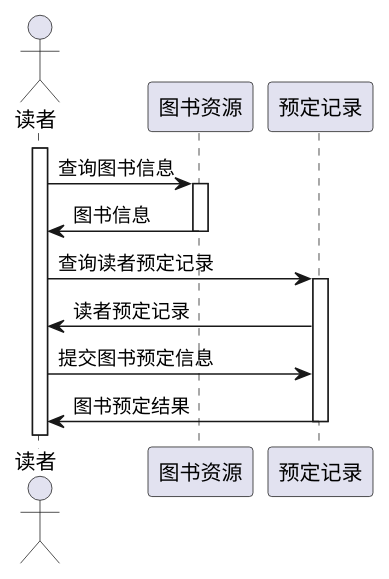
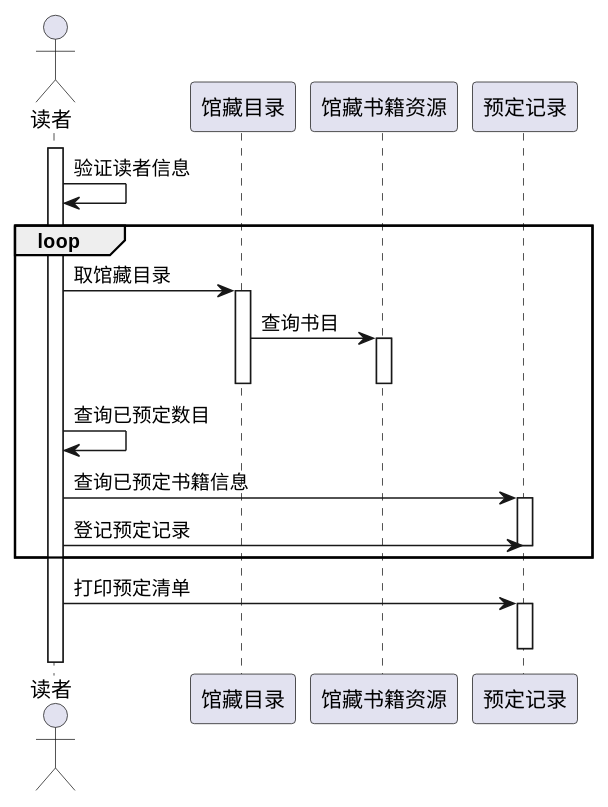
One commit to 915936476/is_analysis-3 changed the diagram in test4/预定图书.puml. Above: the diagram before and after it, drawn with PlantUML. The commit also changed 18 other files, not shown here.

```diff
--- a/test4/预定图书.puml
+++ b/test4/预定图书.puml
@@ -1,16 +1,21 @@
 @startuml
-actor user as "读者"
-participant "图书资源" as A
-participant "预定记录" as B
-activate user
-user->A:查询图书信息
-activate A
-A->user:图书信息
-deactivate A
-user->B:查询读者预定记录
-activate B
-B->user:读者预定记录
-user->B:提交图书预定信息
-B->user:图书预定结果
-deactivate B
+actor 读者
+activate 读者
+读者->读者:验证读者信息
+loop
+读者->馆藏目录:取馆藏目录
+activate 馆藏目录
+馆藏目录->馆藏书籍资源:查询书目
+activate 馆藏书籍资源
+deactivate 馆藏书籍资源
+deactivate 馆藏目录
+读者->读者:查询已预定数目
+读者->预定记录:查询已预定书籍信息
+activate 预定记录
+读者->预定记录:登记预定记录
+deactivate 预定记录
+end
+读者->预定记录:打印预定清单
+activate 预定记录
+deactivate 预定记录
 @enduml
```
